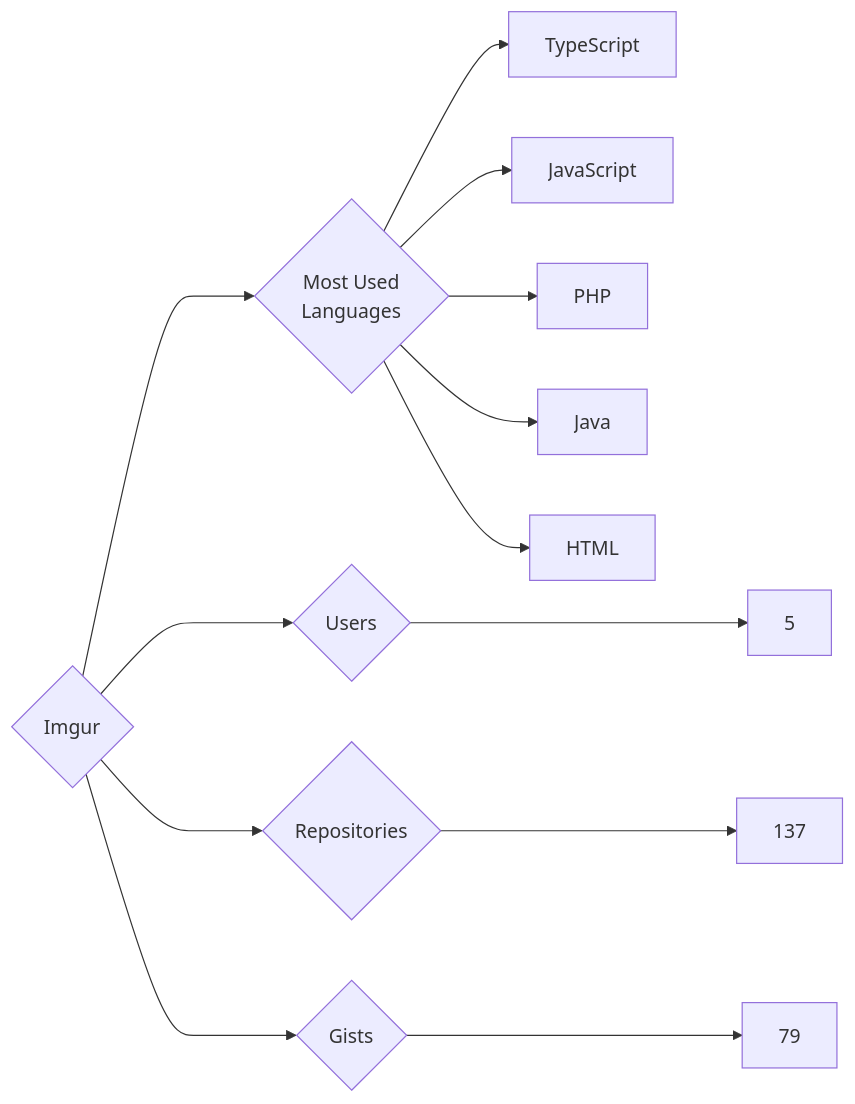
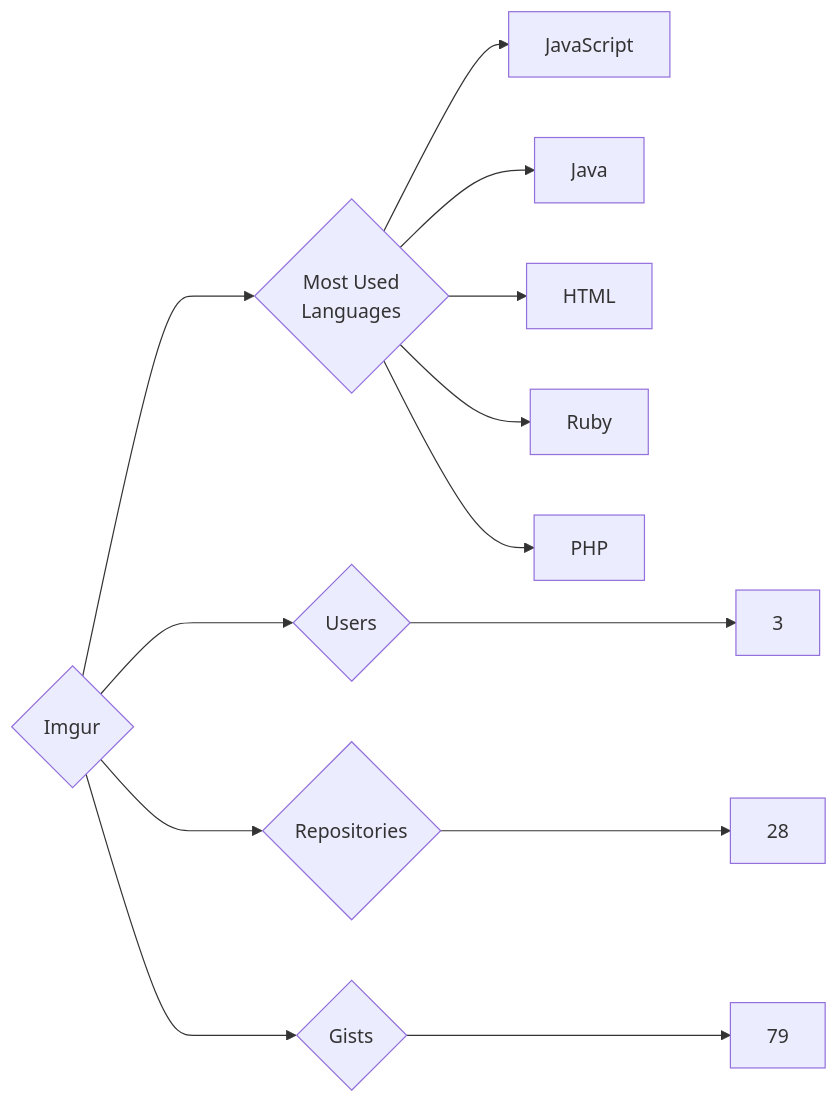
Before and after one commit to trickest/insiders: the diagram in targets/Imgur/README.md, drawn with Mermaid. The commit also changed 1175 other files, not shown here.

````diff
--- a/targets/Imgur/README.md
+++ b/targets/Imgur/README.md
@@ -3,13 +3,13 @@
 ```mermaid
 graph LR
 COMPANY_NAME{Imgur}
-COMPANY_NAME ---> U{Users} ---> UN[5]
-COMPANY_NAME ---> R{Repositories} ---> RN[137]
+COMPANY_NAME ---> U{Users} ---> UN[3]
+COMPANY_NAME ---> R{Repositories} ---> RN[28]
 COMPANY_NAME ---> G{Gists} ---> GN[79]
 COMPANY_NAME ---> ML{Most Used<br>Languages}
-ML --> TypeScript[TypeScript]
 ML --> JavaScript[JavaScript]
-ML --> PHP[PHP]
 ML --> Java[Java]
 ML --> HTML[HTML]
+ML --> Ruby[Ruby]
+ML --> PHP[PHP]
 ```
````
